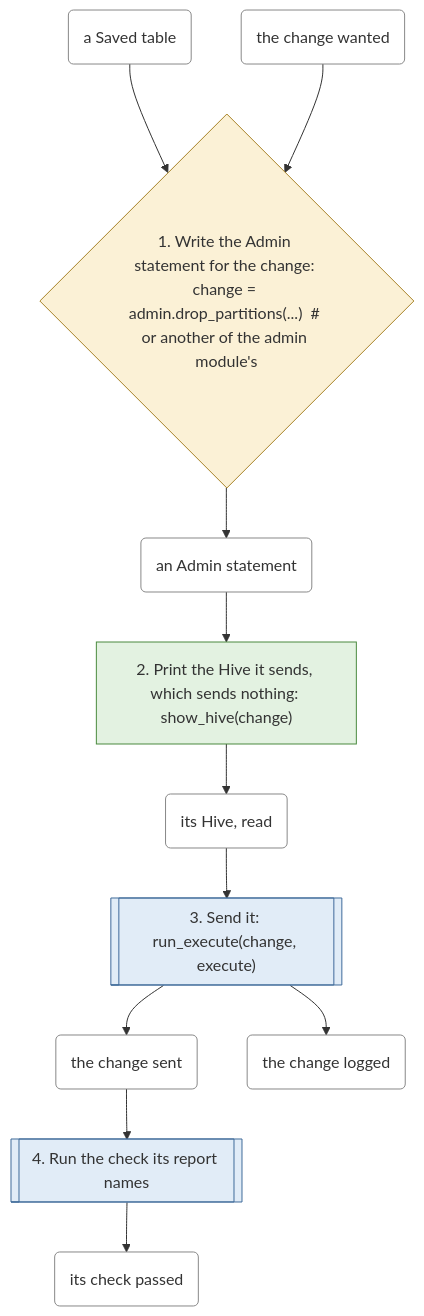
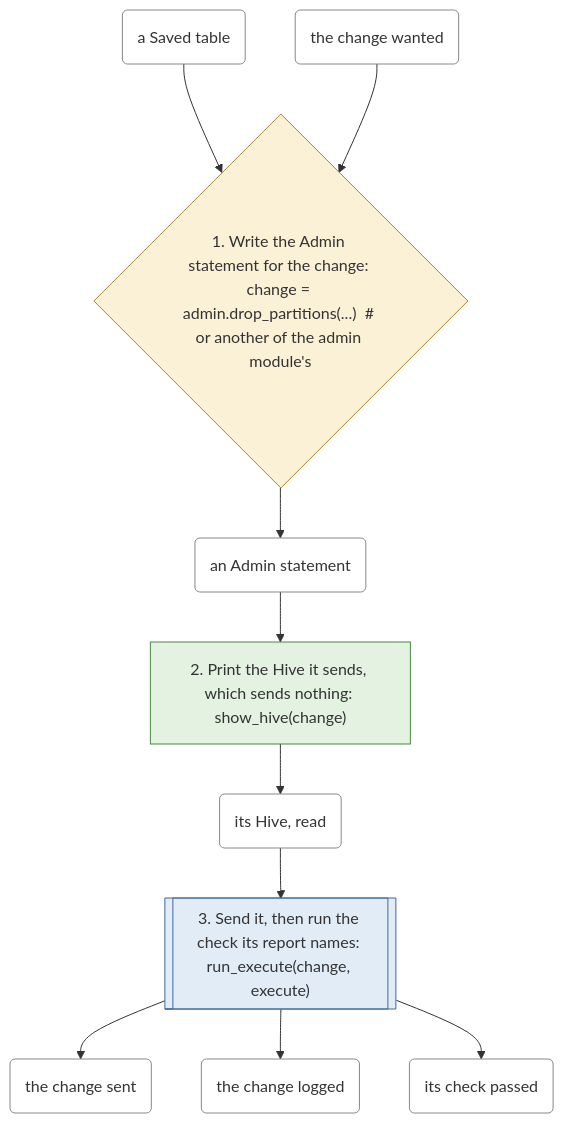
Before and after one commit to EdgyPage/SQL-Composer: the sixth of 6 diagrams in docs/workflows.md, drawn with Mermaid. The commit also changed other lines of this file and 17 other files, not shown here.

````diff
--- a/docs/workflows.md
+++ b/docs/workflows.md
@@ -335,40 +335,37 @@
 ```mermaid
 flowchart TD
     s0{"1. Write the Admin statement for the change: change = admin.drop_partitions(...)  #35; or another of the admin module's"}
     class s0 decision
     t0 --> s0
     t1 --> s0
     s0 --> t2
     s1["2. Print the Hive it sends, which sends nothing: show_hive(change)"]
     class s1 file
     t2 --> s1
     s1 --> t3
-    s2[["3. Send it: run_execute(change, execute)"]]
+    s2[["3. Send it, then run the check its report names: run_execute(change, execute)"]]
     class s2 permission
     t3 --> s2
     s2 --> t4
     s2 --> t5
-    s3[["4. Run the check its report names"]]
-    class s3 permission
-    t4 --> s3
-    s3 --> t6
+    s2 --> t6
     t0("a Saved table")
     class t0 thing
     t1("the change wanted")
     class t1 thing
     t2("an Admin statement")
     class t2 thing
     t3("its Hive, read")
     class t3 thing
     t4("the change sent")
     class t4 thing
     t5("the change logged")
     class t5 thing
     t6("its check passed")
     class t6 thing
     classDef file fill:#e3f2e1,stroke:#4a8a3f
     classDef permission fill:#e1ecf7,stroke:#3f6a9a
     classDef decision fill:#fbf1d6,stroke:#a8842a
     classDef fiddling fill:#f8d7d5,stroke:#b03a30
     classDef thing fill:#ffffff,stroke:#888888
 ```
````
